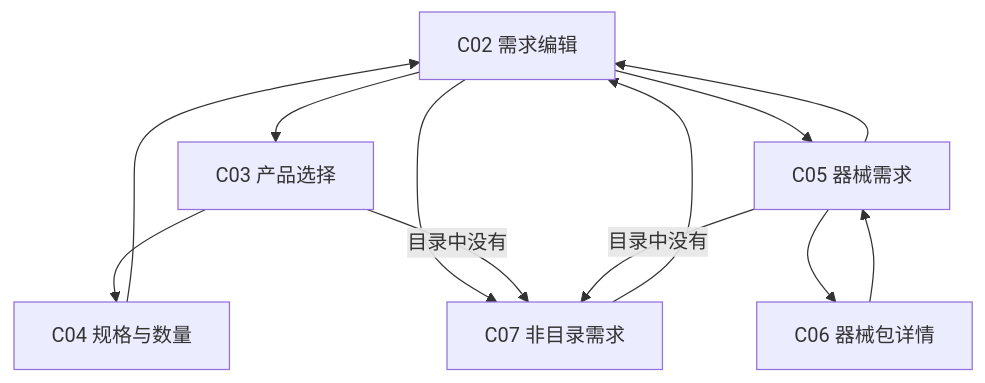
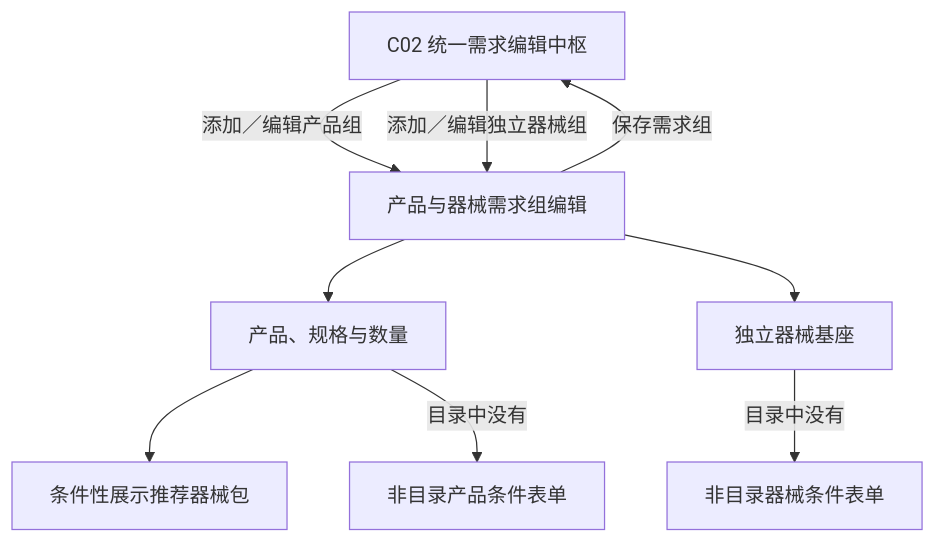
One commit to Jimokov/orthoflow-erp changed the fourth of 19 diagrams in modules/APP-手术通知/03-设计池/02-手术通知APP页面流程-v0.5.md. Above: the diagram before and after it, drawn with Mermaid. The commit also changed other lines of this file and 13 other files, not shown here.

````diff
--- a/modules/APP-手术通知/03-设计池/02-手术通知APP页面流程-v0.5.md
+++ b/modules/APP-手术通知/03-设计池/02-手术通知APP页面流程-v0.5.md
@@ -144,16 +135,11 @@
 ```mermaid
 flowchart TD
-    C02["C02 需求编辑"] --> C03["C03 产品选择"]
-    C03 --> C04["C04 规格与数量"]
-    C04 --> C02
-
-    C02 --> C05["C05 器械需求"]
-    C05 --> C06["C06 器械包详情"]
-    C06 --> C05
-    C05 --> C02
-
-    C02 --> C07["C07 非目录需求"]
-    C03 -->|目录中没有| C07
-    C05 -->|目录中没有| C07
-    C07 --> C02
+    C02["C02 统一需求编辑中枢"] -->|添加／编辑产品组| GROUP["产品与器械需求组编辑"]
+    C02 -->|添加／编辑独立器械组| GROUP
+    GROUP --> PRODUCT["产品、规格与数量"]
+    PRODUCT --> RECOMMEND["条件性展示推荐器械包"]
+    GROUP --> INSTRUMENT["独立器械基座"]
+    PRODUCT -->|目录中没有| NONCATALOG["非目录产品条件表单"]
+    INSTRUMENT -->|目录中没有| NONCATALOG2["非目录器械条件表单"]
+    GROUP -->|保存需求组| C02
 ```
````
